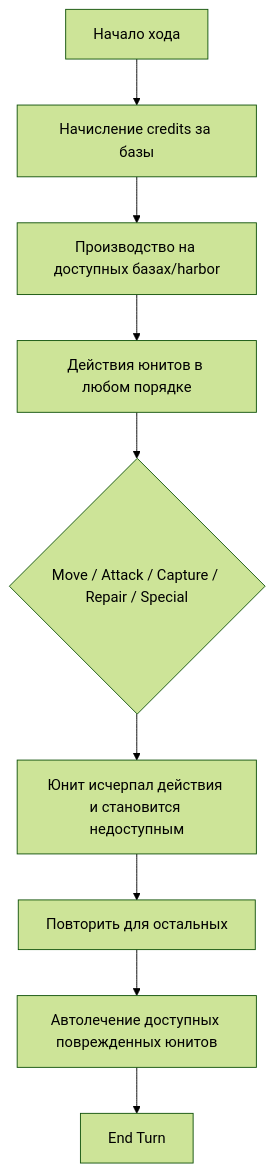
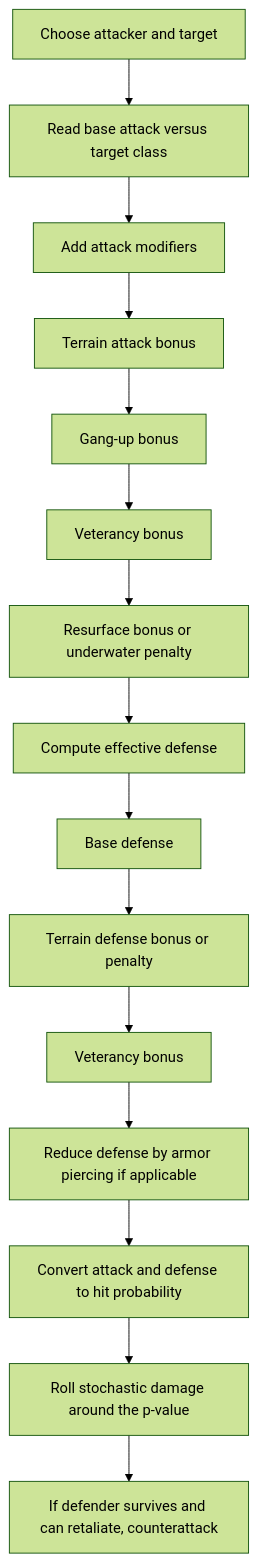
One commit to IceGlance/UniwarBot changed the first of 2 diagrams in Uniwar-game-mechanics-deep-research-report.md. Above: the diagram before and after it, drawn with Mermaid (forest theme). The commit also changed other lines of this file, not shown here.

````diff
--- a/Uniwar-game-mechanics-deep-research-report.md
+++ b/Uniwar-game-mechanics-deep-research-report.md
@@ -35,11 +29,17 @@
 ```mermaid
 flowchart TD
-    A[Начало хода] --> B[Начисление credits за базы]
-    B --> C[Производство на доступных базах/harbor]
-    C --> D[Действия юнитов в любом порядке]
-    D --> E{Move / Attack / Capture / Repair / Special}
-    E --> F[Юнит исчерпал действия и становится недоступным]
-    F --> G[Повторить для остальных]
-    G --> H[Автолечение доступных поврежденных юнитов]
-    H --> I[End Turn]
+    A[Choose attacker and target] --> B[Read base attack versus target class]
+    B --> C[Add attack modifiers]
+    C --> C1[Terrain attack bonus]
+    C1 --> C2[Gang-up bonus]
+    C2 --> C3[Veterancy bonus]
+    C3 --> C4[Resurface bonus or underwater penalty]
+    C4 --> D[Compute effective defense]
+    D --> D1[Base defense]
+    D1 --> D2[Terrain defense bonus or penalty]
+    D2 --> D3[Veterancy bonus]
+    D3 --> D4[Reduce defense by armor piercing if applicable]
+    D4 --> E[Convert attack and defense to hit probability]
+    E --> F[Roll stochastic damage around the p-value]
+    F --> G[If defender survives and can retaliate, counterattack]
 ```
````
